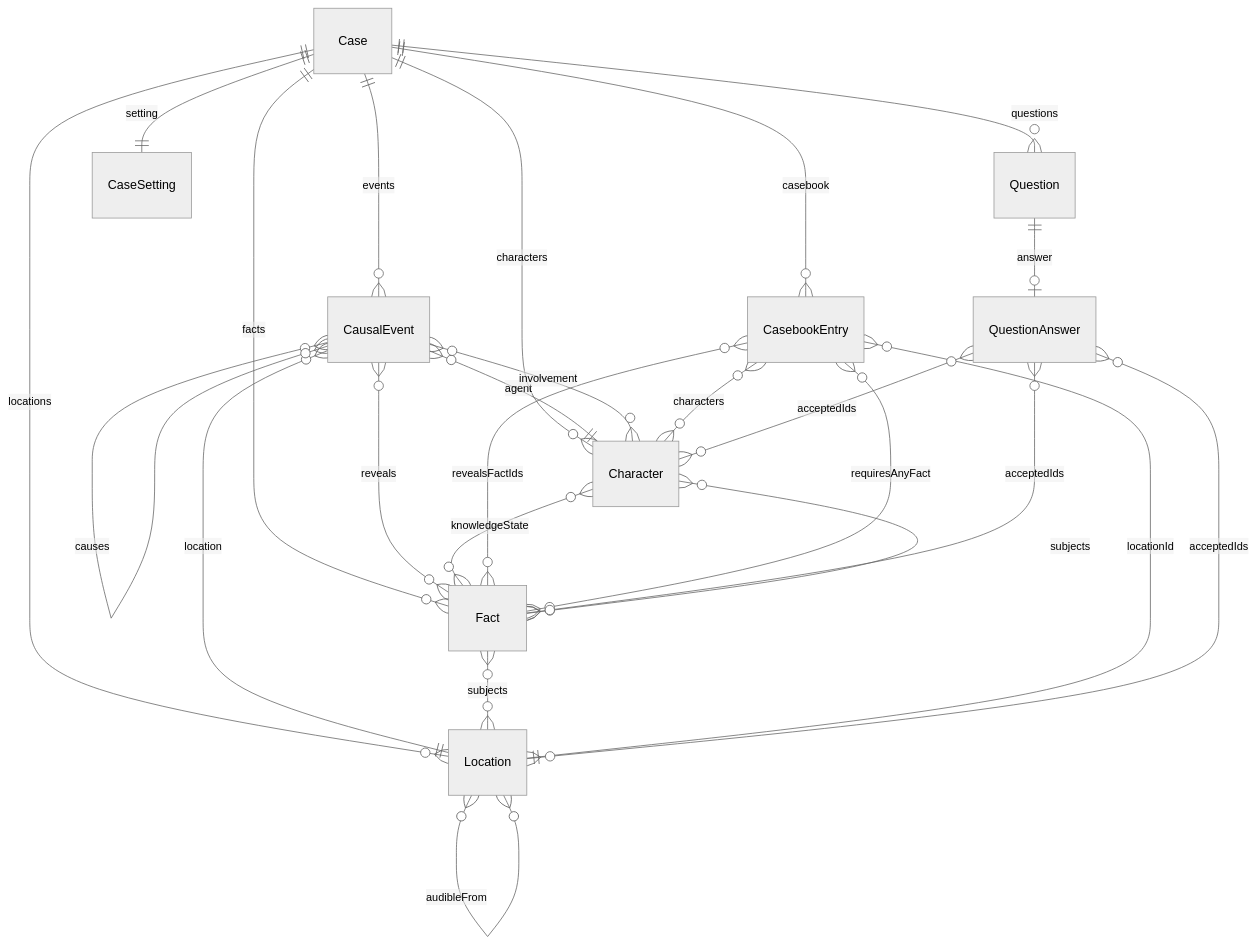
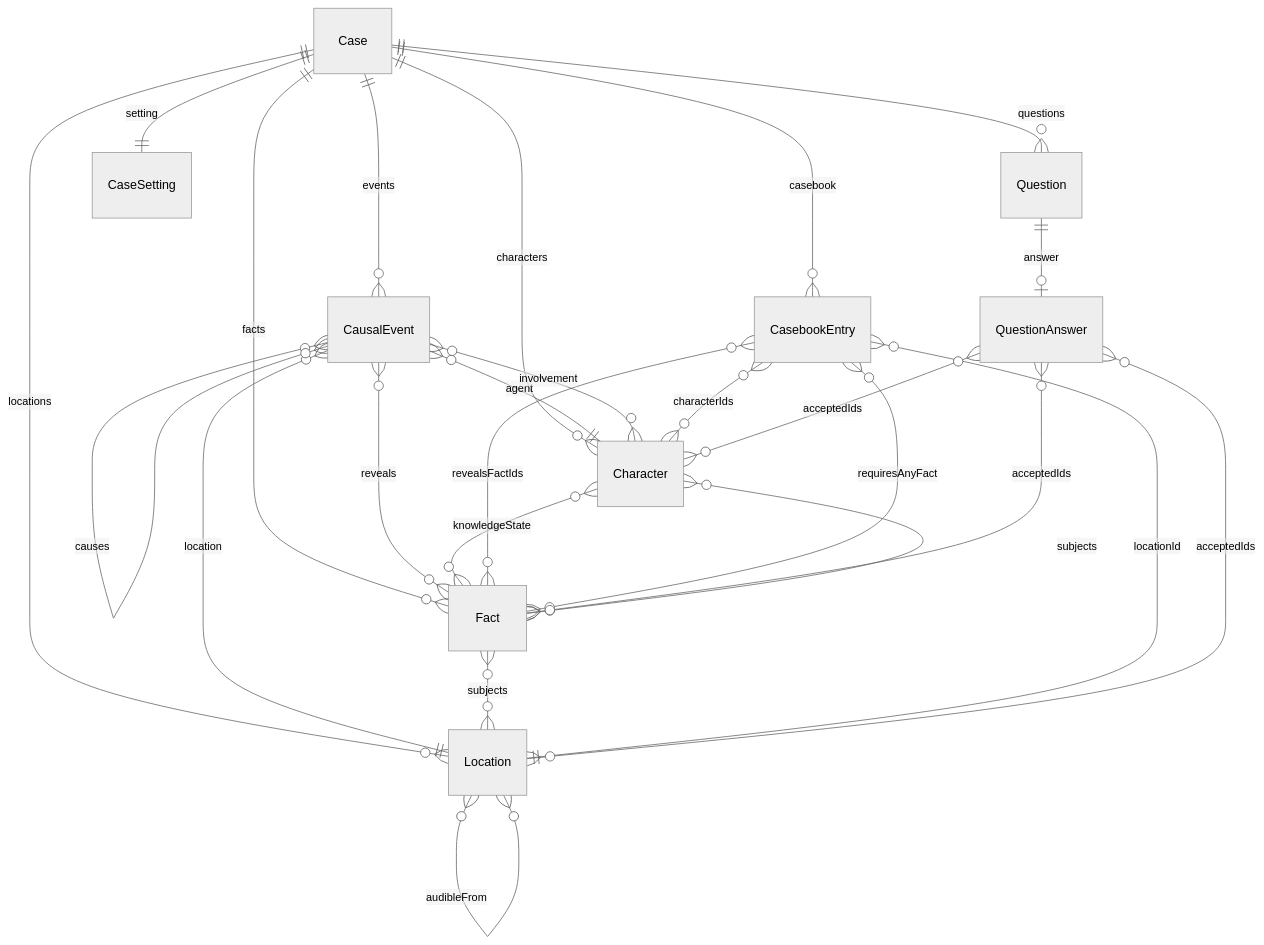
The first of 2 diagrams in DATA_MODEL_DESIGN.md (pmealey/consulting-detective), drawn with Mermaid (neutral theme) before and after one commit. The commit also changed 8 other files, not shown here.

Commit message:
Improve character mapping in casebook generation

````diff
--- a/DATA_MODEL_DESIGN.md
+++ b/DATA_MODEL_DESIGN.md
@@ -7,35 +7,35 @@
 ```mermaid
 erDiagram
     Case ||--o{ CausalEvent : "events"
     Case ||--o{ Character : "characters"
     Case ||--o{ Location : "locations"
     Case ||--o{ CasebookEntry : "casebook"
     Case ||--o{ Fact : "facts"
     Case ||--o{ Question : "questions"
     Case ||--|| CaseSetting : "setting"
 
     CausalEvent }o--|| Character : "agent"
     CausalEvent }o--o{ Character : "involvement"
     CausalEvent }o--|| Location : "location"
     CausalEvent }o--o{ CausalEvent : "causes"
     CausalEvent }o--o{ Fact : "reveals"
 
     Fact }o--o{ Character : "subjects"
     Fact }o--o{ Location : "subjects"
 
     Character }o--o{ Fact : "knowledgeState"
 
     CasebookEntry }o--|| Location : "locationId"
-    CasebookEntry }o--o{ Character : "characters"
+    CasebookEntry }o--o{ Character : "characterIds"
     CasebookEntry }o--o{ Fact : "revealsFactIds"
     CasebookEntry }o--o{ Fact : "requiresAnyFact"
 
     Location }o--o{ Location : "accessibleFrom"
     Location }o--o{ Location : "visibleFrom"
     Location }o--o{ Location : "audibleFrom"
 
     Question ||--o| QuestionAnswer : "answer"
     QuestionAnswer }o--o{ Fact : "acceptedIds"
     QuestionAnswer }o--o{ Character : "acceptedIds"
     QuestionAnswer }o--o{ Location : "acceptedIds"
 ```
````
